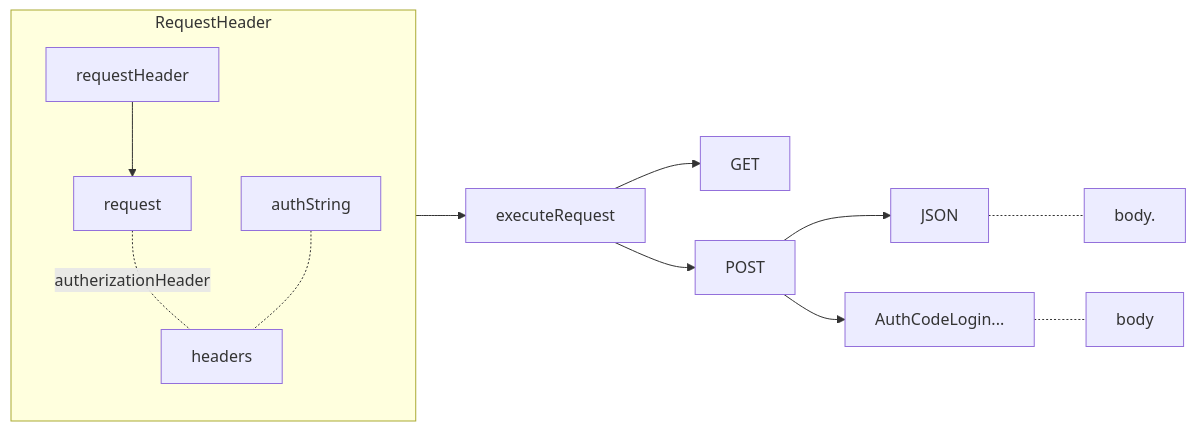
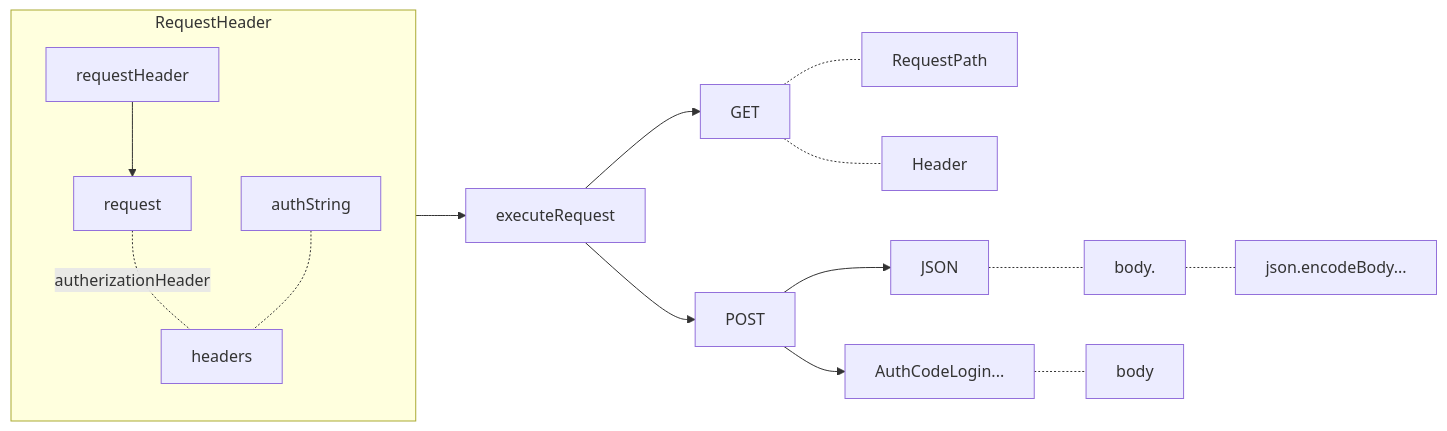
One commit to gordianknotC/nxp_note changed the fifth of 7 diagrams in newage/astro.md. Above: the diagram before and after it, drawn with Mermaid. The commit also changed other lines of this file, not shown here.

Commit message:
newage/astro.md updated from https://stackedit.io/

````diff
--- a/newage/astro.md
+++ b/newage/astro.md
@@ -66,20 +66,24 @@
 ```mermaid
 graph LR
 	subgraph RequestHeader
 	request -.-|autherizationHeader| headers
 	authString -.- headers
 	requestHeader --> request
 end
 
 RequestHeader --> executeRequest  
 executeRequest --> GET
 executeRequest --> POST
 
+GET -.- RequestPath
+GET -.- Header
+
 POST --> JSON
 JSON -.- body.
+body. -.- json.encodeBody...
 POST --> AuthCodeLogin...
 AuthCodeLogin... -.- body
 
 
 
 ```
````
